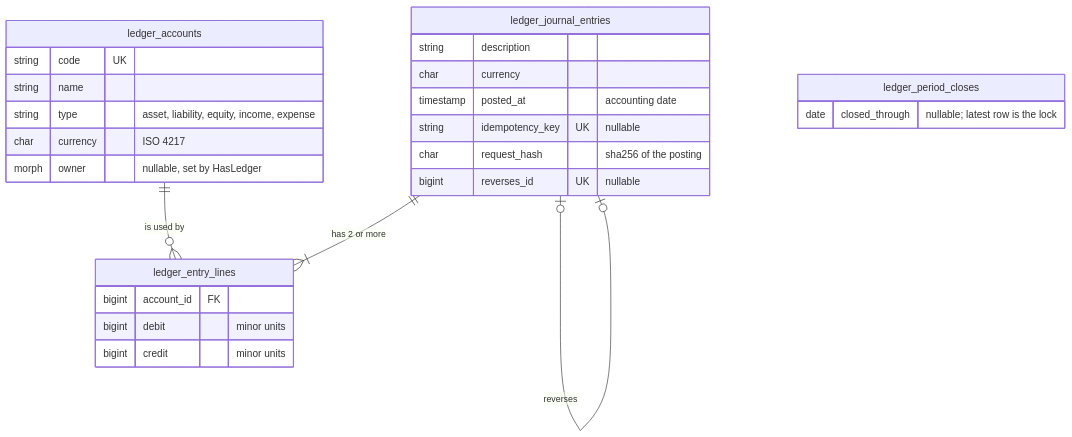
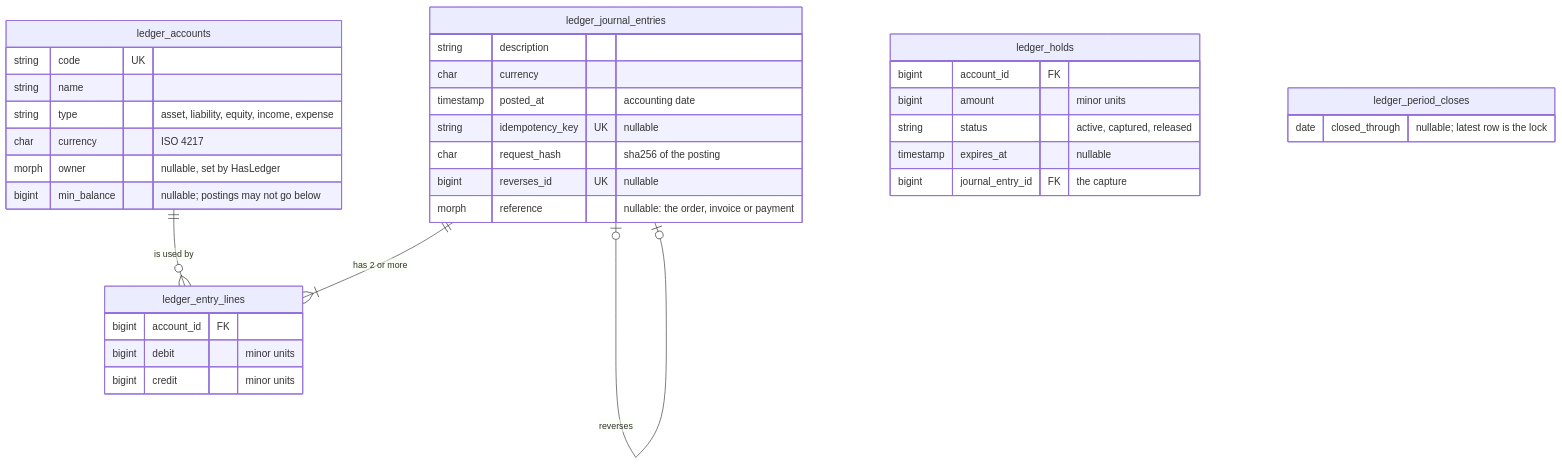
One commit to arkhan0072-dev/laravel-ledger changed the diagram in README.md. Above: the diagram before and after it, drawn with Mermaid. The commit also changed other lines of this file and 2 other files, not shown here.

Commit message:
Document 0.4: protected balances, holds, transfers and references

````diff
--- a/README.md
+++ b/README.md
@@ -25,30 +28,39 @@
 ```mermaid
 erDiagram
     ledger_accounts ||--o{ ledger_entry_lines : "is used by"
     ledger_journal_entries ||--|{ ledger_entry_lines : "has 2 or more"
     ledger_journal_entries |o--o| ledger_journal_entries : "reverses"
 
     ledger_accounts {
         string code UK
         string name
         string type "asset, liability, equity, income, expense"
         char currency "ISO 4217"
         morph owner "nullable, set by HasLedger"
+        bigint min_balance "nullable; postings may not go below"
     }
     ledger_journal_entries {
         string description
         char currency
         timestamp posted_at "accounting date"
         string idempotency_key UK "nullable"
         char request_hash "sha256 of the posting"
         bigint reverses_id UK "nullable"
+        morph reference "nullable: the order, invoice or payment"
     }
     ledger_entry_lines {
         bigint account_id FK
         bigint debit "minor units"
         bigint credit "minor units"
     }
+    ledger_holds {
+        bigint account_id FK
+        bigint amount "minor units"
+        string status "active, captured, released"
+        timestamp expires_at "nullable"
+        bigint journal_entry_id FK "the capture"
+    }
     ledger_period_closes {
         date closed_through "nullable; latest row is the lock"
     }
 ```
````
